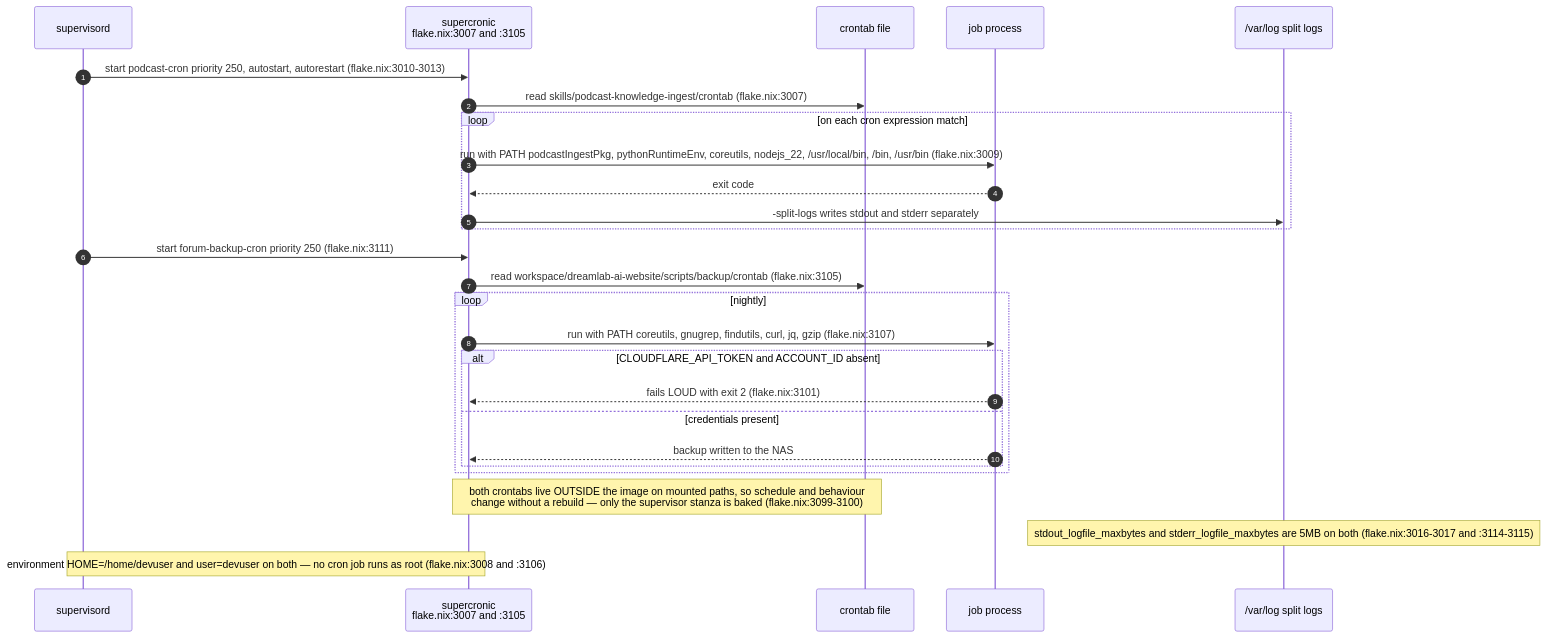
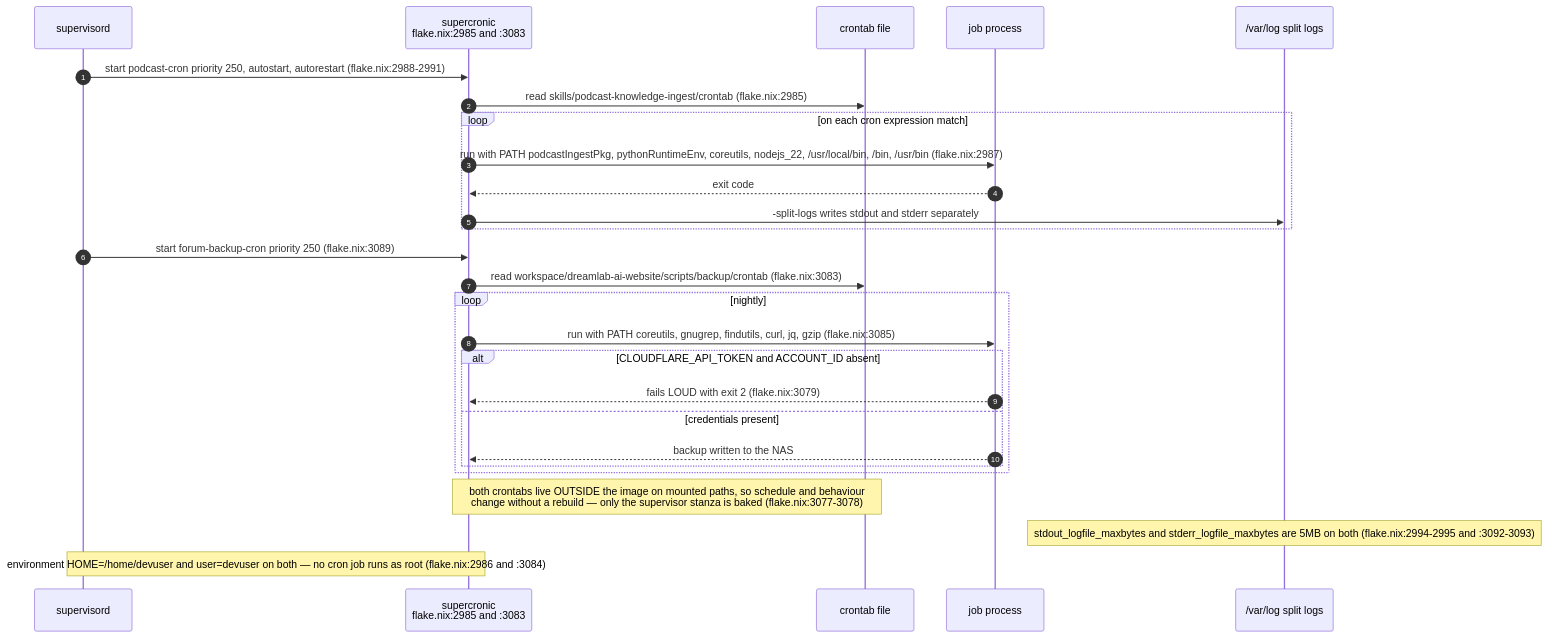
Before and after one commit to DreamLab-AI/VisionFlow: the seventh of 11 diagrams in docs/diagrams/agentbox/07-daemons-reapers-cron-backups.md, drawn with Mermaid. The commit also changed other lines of this file and 145 other files, not shown here.

````diff
--- a/docs/diagrams/agentbox/07-daemons-reapers-cron-backups.md
+++ b/docs/diagrams/agentbox/07-daemons-reapers-cron-backups.md
@@ -289,30 +289,30 @@
 ```mermaid
 sequenceDiagram
     autonumber
     participant SUP as supervisord
-    participant SC as supercronic<br/>flake.nix:3007 and :3105
+    participant SC as supercronic<br/>flake.nix:2985 and :3083
     participant CT as crontab file
     participant J as job process
     participant L as /var/log split logs
 
-    SUP->>SC: start podcast-cron priority 250, autostart, autorestart (flake.nix:3010-3013)
-    SC->>CT: read skills/podcast-knowledge-ingest/crontab (flake.nix:3007)
+    SUP->>SC: start podcast-cron priority 250, autostart, autorestart (flake.nix:2988-2991)
+    SC->>CT: read skills/podcast-knowledge-ingest/crontab (flake.nix:2985)
     loop on each cron expression match
-        SC->>J: run with PATH podcastIngestPkg, pythonRuntimeEnv, coreutils, nodejs_22, /usr/local/bin, /bin, /usr/bin (flake.nix:3009)
+        SC->>J: run with PATH podcastIngestPkg, pythonRuntimeEnv, coreutils, nodejs_22, /usr/local/bin, /bin, /usr/bin (flake.nix:2987)
         J-->>SC: exit code
         SC->>L: -split-logs writes stdout and stderr separately
     end
-    SUP->>SC: start forum-backup-cron priority 250 (flake.nix:3111)
-    SC->>CT: read workspace/dreamlab-ai-website/scripts/backup/crontab (flake.nix:3105)
+    SUP->>SC: start forum-backup-cron priority 250 (flake.nix:3089)
+    SC->>CT: read workspace/dreamlab-ai-website/scripts/backup/crontab (flake.nix:3083)
     loop nightly
-        SC->>J: run with PATH coreutils, gnugrep, findutils, curl, jq, gzip (flake.nix:3107)
+        SC->>J: run with PATH coreutils, gnugrep, findutils, curl, jq, gzip (flake.nix:3085)
         alt CLOUDFLARE_API_TOKEN and ACCOUNT_ID absent
-            J-->>SC: fails LOUD with exit 2 (flake.nix:3101)
+            J-->>SC: fails LOUD with exit 2 (flake.nix:3079)
         else credentials present
             J-->>SC: backup written to the NAS
         end
     end
-    Note over SC,CT: both crontabs live OUTSIDE the image on mounted paths, so schedule and behaviour<br/>change without a rebuild — only the supervisor stanza is baked (flake.nix:3099-3100)
-    Note over L: stdout_logfile_maxbytes and stderr_logfile_maxbytes are 5MB on both (flake.nix:3016-3017 and :3114-3115)
-    Note over SUP,SC: environment HOME=/home/devuser and user=devuser on both — no cron job runs as root (flake.nix:3008 and :3106)
+    Note over SC,CT: both crontabs live OUTSIDE the image on mounted paths, so schedule and behaviour<br/>change without a rebuild — only the supervisor stanza is baked (flake.nix:3077-3078)
+    Note over L: stdout_logfile_maxbytes and stderr_logfile_maxbytes are 5MB on both (flake.nix:2994-2995 and :3092-3093)
+    Note over SUP,SC: environment HOME=/home/devuser and user=devuser on both — no cron job runs as root (flake.nix:2986 and :3084)
 ```
````
